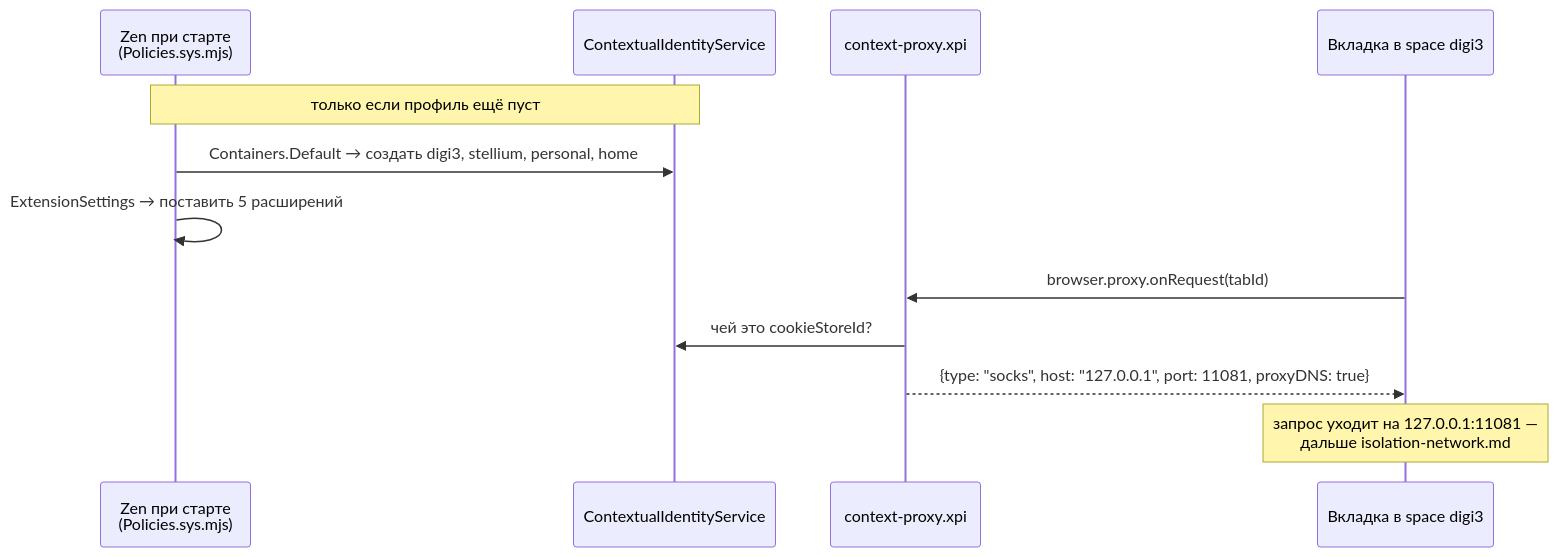
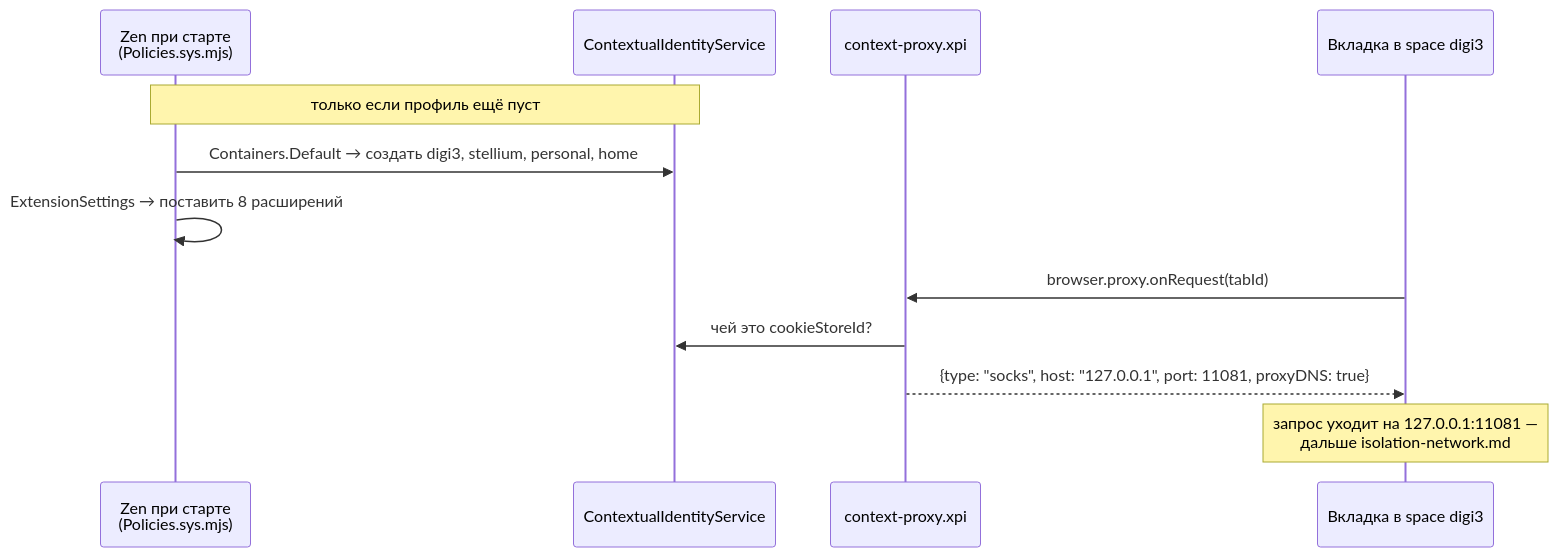
Before and after one commit to stpntkhnv/dotfiles: the second of 2 diagrams in docs/isolation-browser.md, drawn with Mermaid. The commit also changed other lines of this file and 4 other files, not shown here.

````diff
--- a/docs/isolation-browser.md
+++ b/docs/isolation-browser.md
@@ -90,16 +90,16 @@
 ```mermaid
 sequenceDiagram
     participant P as Zen при старте<br/>(Policies.sys.mjs)
     participant CI as ContextualIdentityService
     participant CP as context-proxy.xpi
     participant T as Вкладка в space digi3
 
     Note over P,CI: только если профиль ещё пуст
     P->>CI: Containers.Default → создать digi3, stellium, personal, home
-    P->>P: ExtensionSettings → поставить 5 расширений
+    P->>P: ExtensionSettings → поставить 8 расширений
 
     T->>CP: browser.proxy.onRequest(tabId)
     CP->>CI: чей это cookieStoreId?
     CP-->>T: {type: "socks", host: "127.0.0.1", port: 11081, proxyDNS: true}
     Note over T: запрос уходит на 127.0.0.1:11081 —<br/>дальше isolation-network.md
 ```
````
